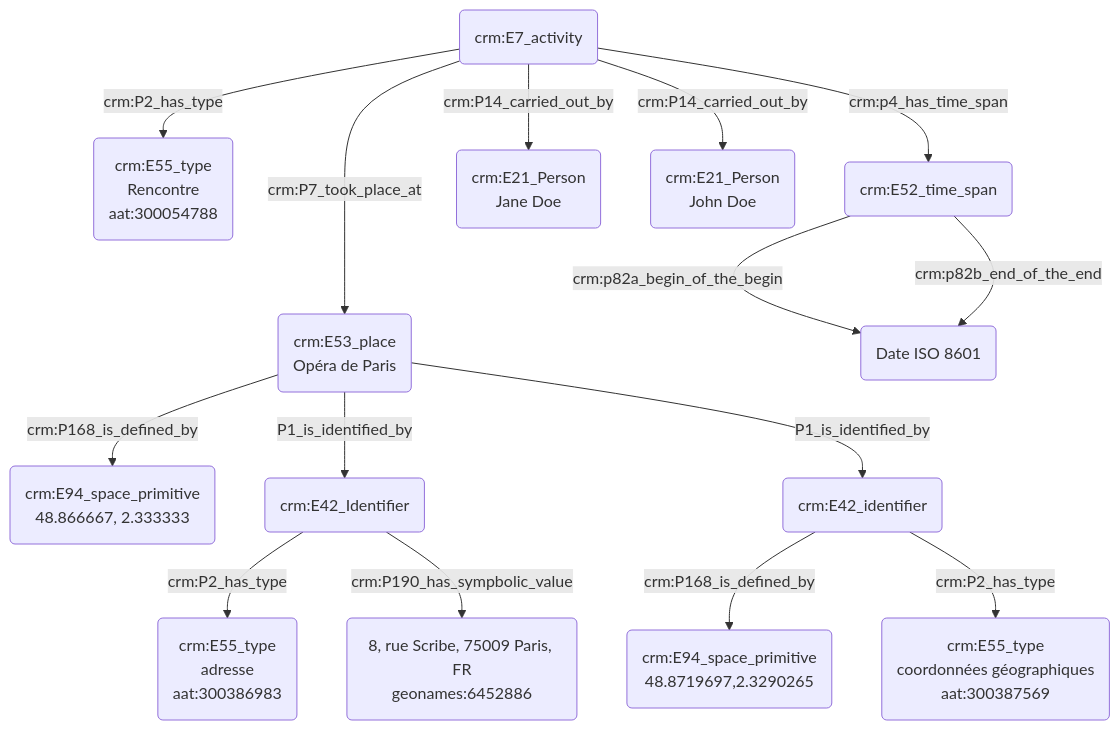
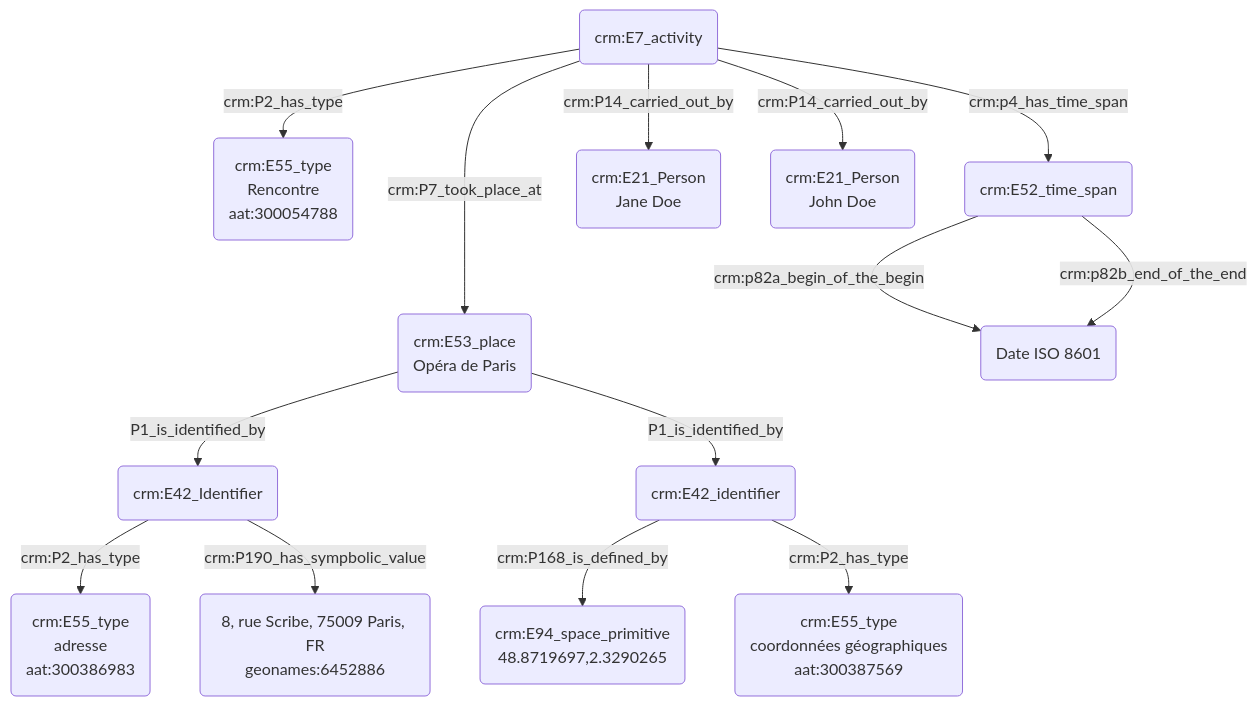
Before and after one commit to Amleth/consortium-musica2-gt2-ontologies: the diagram in modules/livrables/Dossier 2/Prosopographie/rencontre de quelqu'un dans un lieu fréquenté par les deux personnes.md, drawn with Mermaid.

Commit message:
Update rencontre de quelqu'un dans un lieu fréquenté par les deux personnes.md

````diff
--- a/modules/livrables/Dossier 2/Prosopographie/rencontre de quelqu'un dans un lieu fréquenté par les deux personnes.md
+++ b/modules/livrables/Dossier 2/Prosopographie/rencontre de quelqu'un dans un lieu fréquenté par les deux personnes.md
@@ -11,22 +11,20 @@
 ```mermaid
 graph TD;
 
 K(crm:E7_activity<br>rencontre) --->|crm:P7_took_place_at| M(crm:E53_place<br>Opéra de Paris)
-M(crm:E53_place<br>Opéra de Paris) --> |crm:P168_is_defined_by| N(crm:E94_space_primitive
-48.866667, 2.333333)
 M(crm:E53_place<br>Opéra de Paris) --> |P1_is_identified_by| O(crm:E42_Identifier)
 O(crm:E42_Identifier) --> |crm:P2_has_type| P(crm:E55_type<br>adresse<br>aat:300386983)
 O(crm:E42_Identifier) --> |crm:P190_has_sympbolic_value| Q(8, rue Scribe, 75009 Paris, FR<br>geonames:6452886)
 K(crm:E7_activity<br>recontre) --> |crm:P2_has_type| L(crm:E55_type<br>Rencontre<br>aat:300054788)
 M(crm:E53_place<br>Opéra de Paris) --> |P1_is_identified_by| R(crm:E42_Identifier)
 R(crm:E42_identifier) --> |crm:P168_is_defined_by| S(crm:E94_space_primitive<br>48.8719697,2.3290265)
 R(crm:E42_identifier) --> |crm:P2_has_type| T(crm:E55_type<br>coordonnées géographiques<br>aat:300387569)
  
 K(crm:E7_activity) --> |crm:p4_has_time_span| D(crm:E52_time_span)
 D(crm:E52_time_span) --> |crm:p82a_begin_of_the_begin| E("Date ISO 8601")
 D(crm:E52_time_span) --> |crm:p82b_end_of_the_end| E("Date ISO 8601")
 
 K(crm:E7_activity) -->|crm:P14_carried_out_by| A(crm:E21_Person<br>Jane Doe)
 K(crm:E7_activity) -->|crm:P14_carried_out_by| J(crm:E21_Person<br>John Doe)
 
 ```
````
